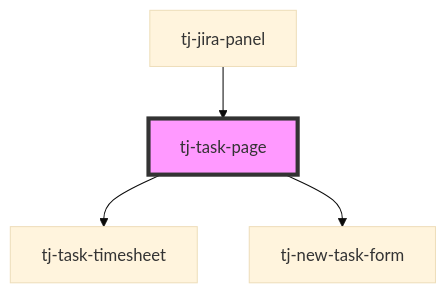
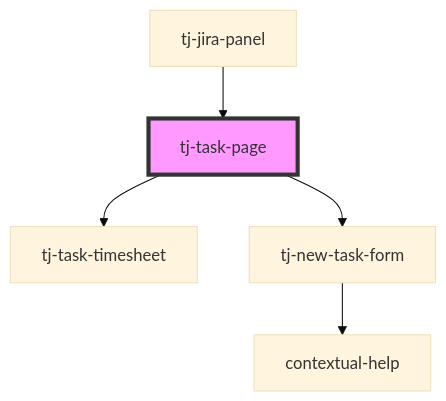
The diagram in src/components/tj-task-page/readme.md (davids-ensemble/tj-jira-panel), drawn with Mermaid (base theme) before and after one commit. The commit also changed 7 other files, not shown here.

````diff
--- a/src/components/tj-task-page/readme.md
+++ b/src/components/tj-task-page/readme.md
@@ -39,7 +39,8 @@
 ```mermaid
 graph TD;
   tj-task-page --> tj-task-timesheet
   tj-task-page --> tj-new-task-form
+  tj-new-task-form --> contextual-help
   tj-jira-panel --> tj-task-page
   style tj-task-page fill:#f9f,stroke:#333,stroke-width:4px
 ```
````
